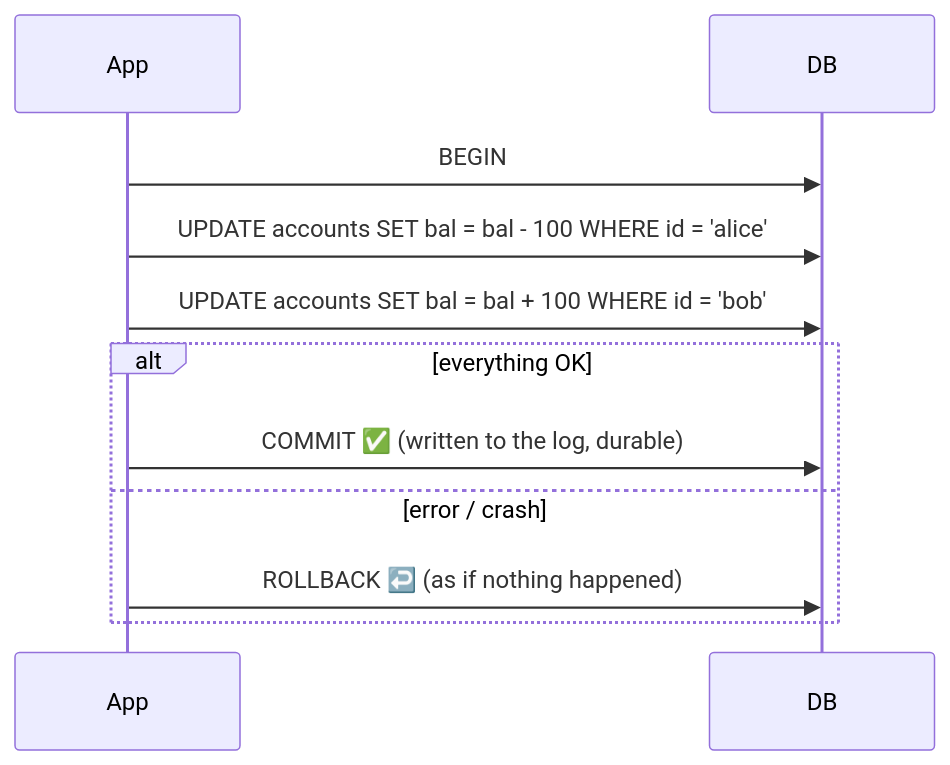
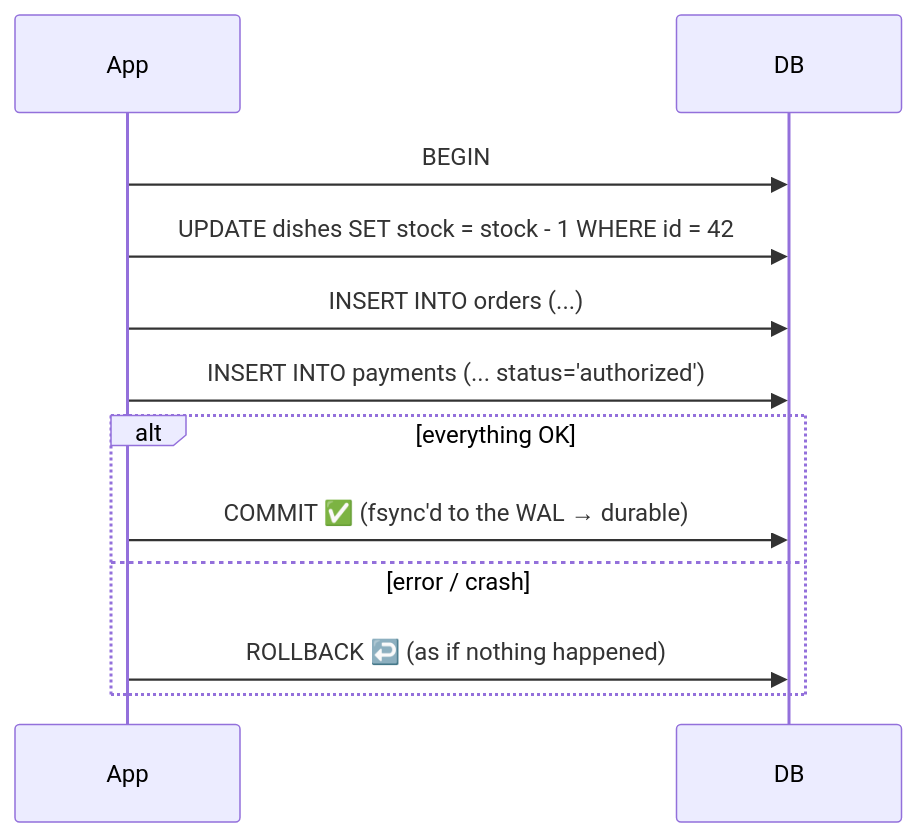
Before and after one commit to winnyboy5/System-Design-from-Atoms: the diagram in phases/05-databases/035-acid.md, drawn with Mermaid. The commit also changed other lines of this file and 11 other files, not shown here.

````diff
--- a/phases/05-databases/035-acid.md
+++ b/phases/05-databases/035-acid.md
@@ -28,13 +45,14 @@
 ```mermaid
 sequenceDiagram
     participant App
     participant DB
     App->>DB: BEGIN
-    App->>DB: UPDATE accounts SET bal = bal - 100 WHERE id = 'alice'
-    App->>DB: UPDATE accounts SET bal = bal + 100 WHERE id = 'bob'
+    App->>DB: UPDATE dishes SET stock = stock - 1 WHERE id = 42
+    App->>DB: INSERT INTO orders (...)
+    App->>DB: INSERT INTO payments (... status='authorized')
     alt everything OK
-        App->>DB: COMMIT ✅ (written to the log, durable)
+        App->>DB: COMMIT ✅ (fsync'd to the WAL → durable)
     else error / crash
         App->>DB: ROLLBACK ↩️ (as if nothing happened)
     end
 ```
````
